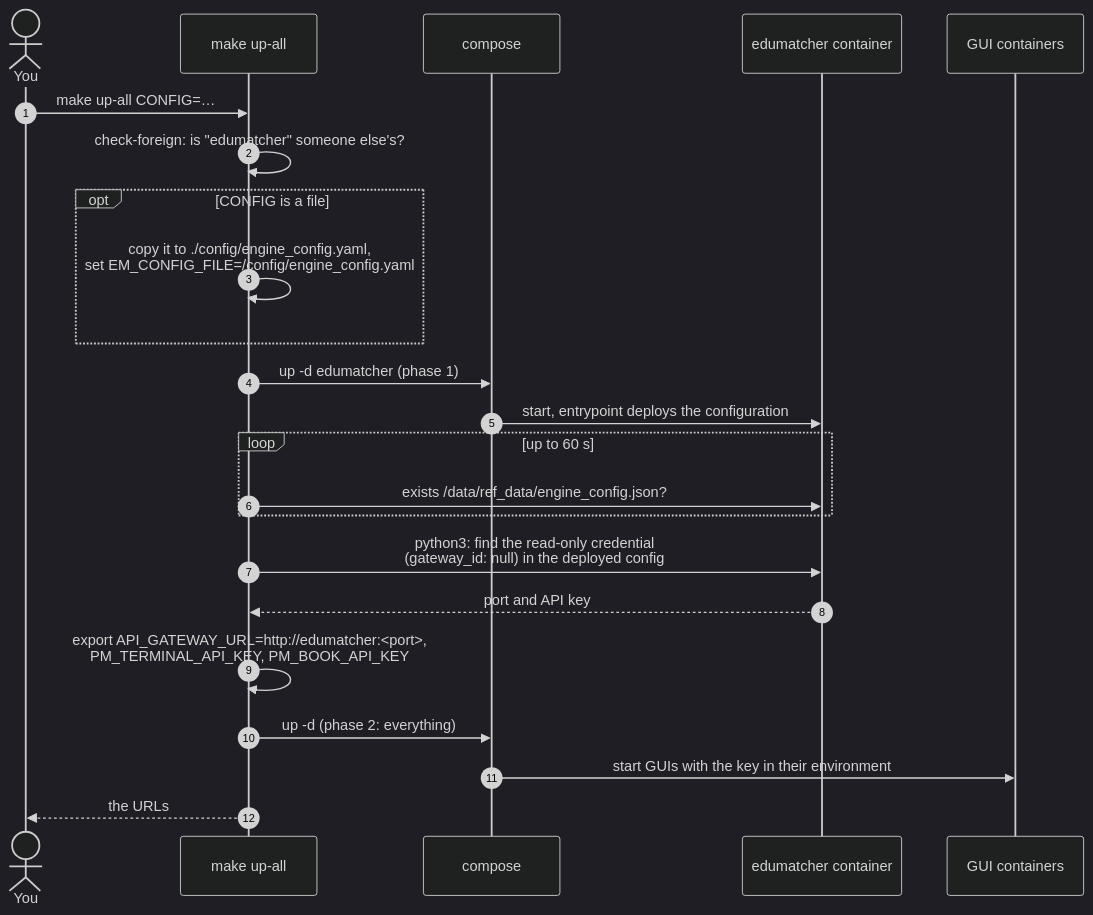
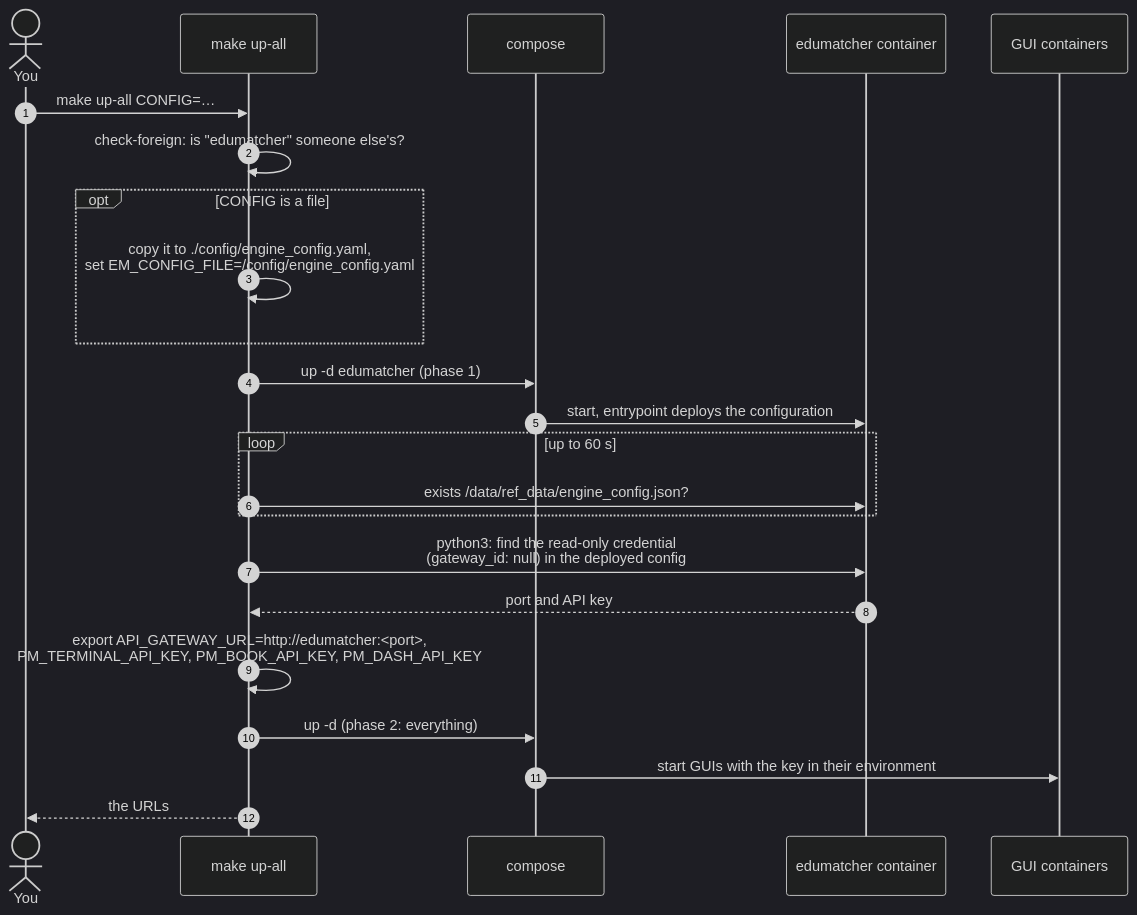
Before and after one commit to johan162/EduMatcher: diagram 15 of 16 in docs/books/operator-guide/part-1-install-and-deploy/030-container-deployment-walkthrough.md, drawn with Mermaid (dark theme). The commit also changed other lines of this file and 29 other files, not shown here.

````diff
--- a/docs/books/operator-guide/part-1-install-and-deploy/030-container-deployment-walkthrough.md
+++ b/docs/books/operator-guide/part-1-install-and-deploy/030-container-deployment-walkthrough.md
@@ -989,26 +989,26 @@
 ```mermaid
 sequenceDiagram
     autonumber
     actor You
     participant M as make up-all
     participant C as compose
     participant E as edumatcher container
     participant G as GUI containers
 
     You->>M: make up-all CONFIG=…
     M->>M: check-foreign: is "edumatcher" someone else's?
     opt CONFIG is a file
         M->>M: copy it to ./config/engine_config.yaml,<br/>set EM_CONFIG_FILE=/config/engine_config.yaml
     end
     M->>C: up -d edumatcher (phase 1)
     C->>E: start, entrypoint deploys the configuration
     loop up to 60 s
         M->>E: exists /data/ref_data/engine_config.json?
     end
     M->>E: python3: find the read-only credential<br/>(gateway_id: null) in the deployed config
     E-->>M: port and API key
-    M->>M: export API_GATEWAY_URL=http://edumatcher:<port>,<br/>PM_TERMINAL_API_KEY, PM_BOOK_API_KEY
+    M->>M: export API_GATEWAY_URL=http://edumatcher:<port>,<br/>PM_TERMINAL_API_KEY, PM_BOOK_API_KEY, PM_DASH_API_KEY
     M->>C: up -d (phase 2: everything)
     C->>G: start GUIs with the key in their environment
     M-->>You: the URLs
 ```
````
